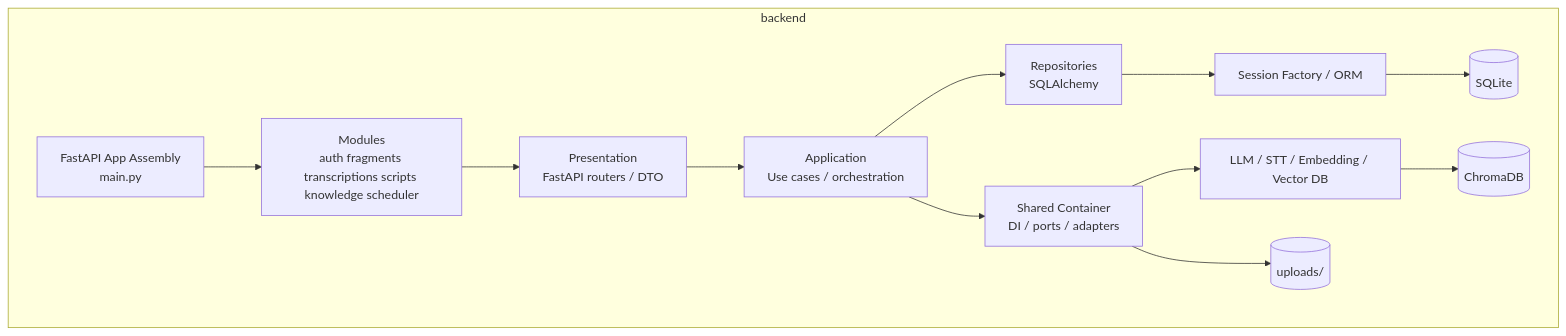
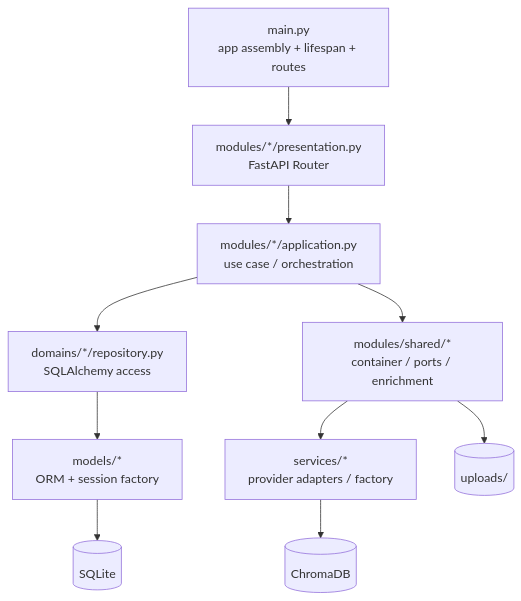
Before and after one commit to YCZA2/SparkFlow: the third of 7 diagrams in memory-bank/architecture.md, drawn with Mermaid. The commit also changed other lines of this file and 11 other files, not shown here.

````diff
--- a/memory-bank/architecture.md
+++ b/memory-bank/architecture.md
@@ -102,27 +111,23 @@
 ```mermaid
 flowchart TD
-    subgraph Backend[backend]
-        MAIN[FastAPI App Assembly<br>main.py]
-        MOD[Modules<br>auth fragments transcriptions scripts knowledge scheduler]
-        PRE[Presentation<br>FastAPI routers / DTO]
-        APP[Application<br>Use cases / orchestration]
-        SHR[Shared Container<br>DI / ports / adapters]
-        REPO[Repositories<br>SQLAlchemy]
-        ORM[Session Factory / ORM]
-        DB[(SQLite)]
-        FILES[(uploads/)]
-        EXT[LLM / STT / Embedding / Vector DB]
-        CHROMA[(ChromaDB)]
-    end
+    MAIN["main.py<br/>app assembly + lifespan + routes"]
+    PRE["modules/*/presentation.py<br/>FastAPI Router"]
+    APP["modules/*/application.py<br/>use case / orchestration"]
+    SHARED["modules/shared/*<br/>container / ports / enrichment"]
+    REPO["domains/*/repository.py<br/>SQLAlchemy access"]
+    MODEL["models/*<br/>ORM + session factory"]
+    PROVIDER["services/*<br/>provider adapters / factory"]
+    DB[("SQLite")]
+    UP[("uploads/")]
+    VDB[("ChromaDB")]
 
-    MAIN --> MOD
-    MOD --> PRE
+    MAIN --> PRE
     PRE --> APP
     APP --> REPO
-    APP --> SHR
-    SHR --> EXT
-    REPO --> ORM
-    ORM --> DB
-    SHR --> FILES
-    EXT --> CHROMA
+    APP --> SHARED
+    SHARED --> PROVIDER
+    REPO --> MODEL
+    MODEL --> DB
+    SHARED --> UP
+    PROVIDER --> VDB
 ```
````
